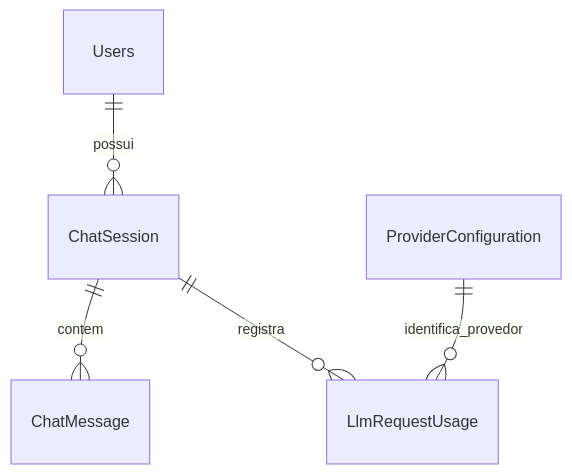
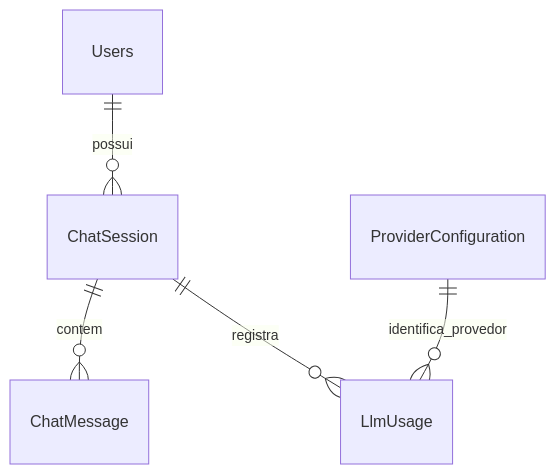
The diagram in docs/architecture/DATA_MODEL.md (wilsonsantaluz/IA-Portal), drawn with Mermaid before and after one commit. The commit also changed other lines of this file and 27 other files, not shown here.

````diff
--- a/docs/architecture/DATA_MODEL.md
+++ b/docs/architecture/DATA_MODEL.md
@@ -11,7 +11,7 @@
 ```mermaid
 erDiagram
     Users ||--o{ ChatSession : possui
     ChatSession ||--o{ ChatMessage : contem
-    ChatSession ||--o{ LlmRequestUsage : registra
-    ProviderConfiguration ||--o{ LlmRequestUsage : identifica_provedor
+    ChatSession ||--o{ LlmUsage : registra
+    ProviderConfiguration ||--o{ LlmUsage : identifica_provedor
 ```
````
